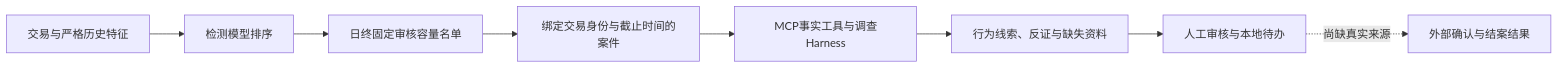
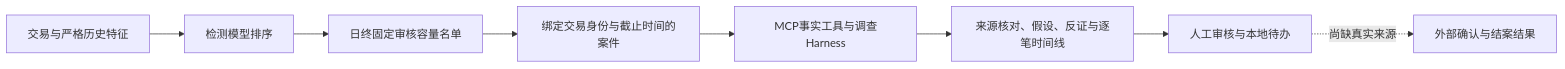
The diagram in README.md (wwc76934-cyber/riskcase-agent), drawn with Mermaid before and after one commit. The commit also changed other lines of this file and 31 other files, not shown here.

````diff
--- a/README.md
+++ b/README.md
@@ -7,10 +7,10 @@
 ```mermaid
 flowchart LR
   A[交易与严格历史特征] --> B[检测模型排序]
   B --> C[日终固定审核容量名单]
   C --> D[绑定交易身份与截止时间的案件]
   D --> E[MCP事实工具与调查Harness]
-  E --> F[行为线索、反证与缺失资料]
+  E --> F[来源核对、假设、反证与逐笔时间线]
   F --> G[人工审核与本地待办]
   G -.尚缺真实来源.-> H[外部确认与结案结果]
 ```
````
